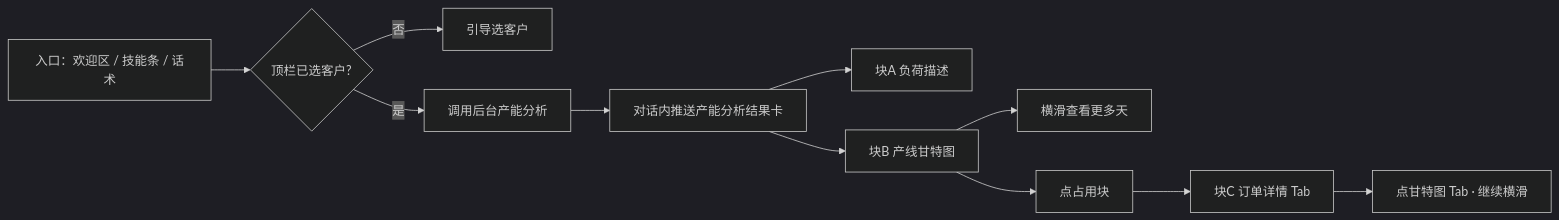
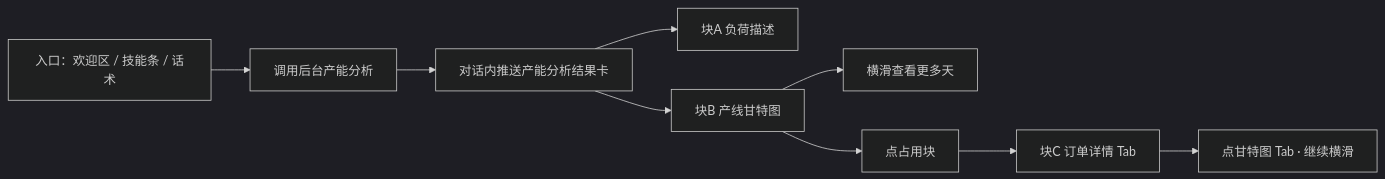
The first of 2 diagrams in v1.4.0/功能描述-经营分析-v1.4.0.md (claribel00826-eng/claribel00826-eng.github.io), drawn with Mermaid (dark theme) before and after one commit. The commit also changed other lines of this file and 121 other files, not shown here.

````diff
--- a/v1.4.0/功能描述-经营分析-v1.4.0.md
+++ b/v1.4.0/功能描述-经营分析-v1.4.0.md
@@ -24,13 +24,11 @@
 ```mermaid
 flowchart LR
-  A[入口：欢迎区 / 技能条 / 话术] --> B{顶栏已选客户?}
-  B -->|否| C[引导选客户]
-  B -->|是| D[调用后台产能分析]
+  A[入口：欢迎区 / 技能条 / 话术] --> D[调用后台产能分析]
   D --> E[对话内推送产能分析结果卡]
   E --> F[块A 负荷描述]
   E --> G[块B 产线甘特图]
   G --> H[横滑查看更多天]
   G --> I[点占用块]
   I --> J[块C 订单详情 Tab]
   J --> K[点甘特图 Tab · 继续横滑]
 ```
````
